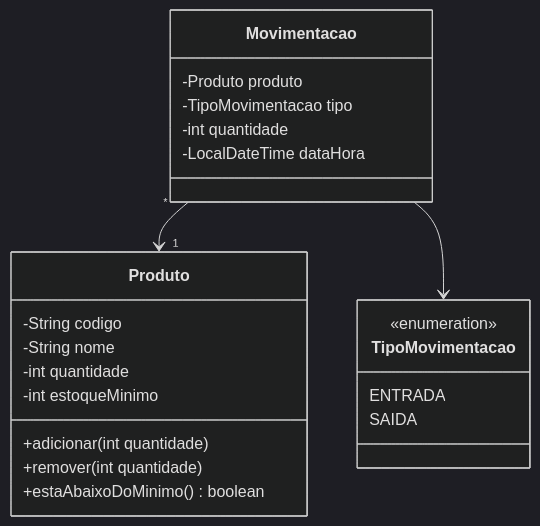
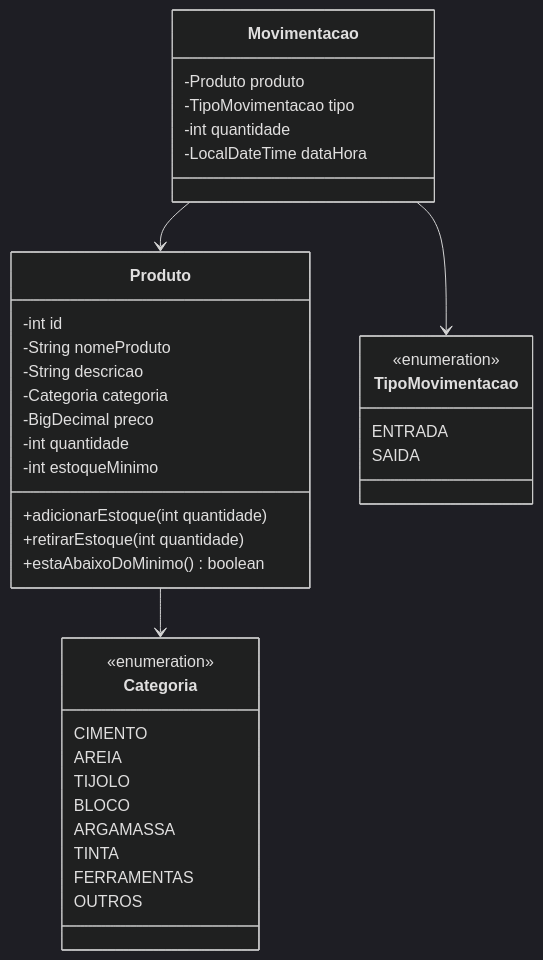
Before and after one commit to castilhoz/controle-estoque-cli: the diagram in README.md, drawn with Mermaid (dark theme). The commit also changed other lines of this file and 2 other files, not shown here.

Commit message:
model iniciado, Produto e enum Categoria

````diff
--- a/README.md
+++ b/README.md
@@ -120,28 +182,44 @@
 ```mermaid
 classDiagram
     class Produto {
-        -String codigo
-        -String nome
+        -int id
+        -String nomeProduto
+        -String descricao
+        -Categoria categoria
+        -BigDecimal preco
         -int quantidade
         -int estoqueMinimo
-        +adicionar(int quantidade)
-        +remover(int quantidade)
+        +adicionarEstoque(int quantidade)
+        +retirarEstoque(int quantidade)
         +estaAbaixoDoMinimo() boolean
+    }
+
+    class Categoria {
+        <<enumeration>>
+        CIMENTO
+        AREIA
+        TIJOLO
+        BLOCO
+        ARGAMASSA
+        TINTA
+        FERRAMENTAS
+        OUTROS
     }
 
     class Movimentacao {
         -Produto produto
         -TipoMovimentacao tipo
         -int quantidade
         -LocalDateTime dataHora
     }
 
     class TipoMovimentacao {
         <<enumeration>>
         ENTRADA
         SAIDA
     }
 
-    Movimentacao "*" --> "1" Produto
+    Produto --> Categoria
+    Movimentacao --> Produto
     Movimentacao --> TipoMovimentacao
 ```
````
